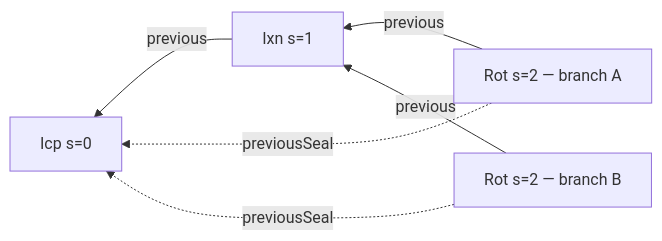
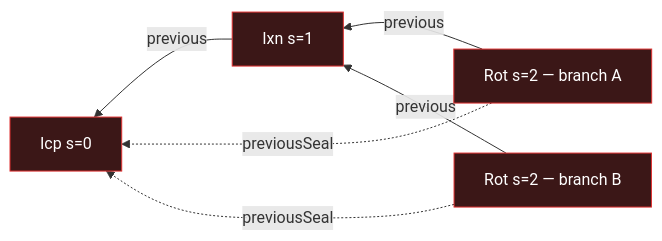
Before and after one commit to jasoncolburne/vdti: the first of 2 diagrams in docs/design/protocol-doctrine.md, drawn with Mermaid. The commit also changed other lines of this file and 13 other files, not shown here.

Commit message:
VDTI-10: Fix table, diagrams, other defects

````diff
--- a/docs/design/protocol-doctrine.md
+++ b/docs/design/protocol-doctrine.md
@@ -489,8 +489,9 @@
 ```mermaid
 flowchart RL
-  Ra["Rot s=2 — branch A"] -->|previous| X1["Ixn s=1"]
-  Rb["Rot s=2 — branch B"] -->|previous| X1
-  X1 -->|previous| I0["Icp s=0"]
+  Ra["Rot s=2 — branch A"]:::kel -->|previous| X1["Ixn s=1"]:::kel
+  Rb["Rot s=2 — branch B"]:::kel -->|previous| X1
+  X1 -->|previous| I0["Icp s=0"]:::kel
   Ra -.->|previousSeal| I0
   Rb -.->|previousSeal| I0
+  classDef kel fill:#3b1717,stroke:#e03131,color:#fff
 ```
````
